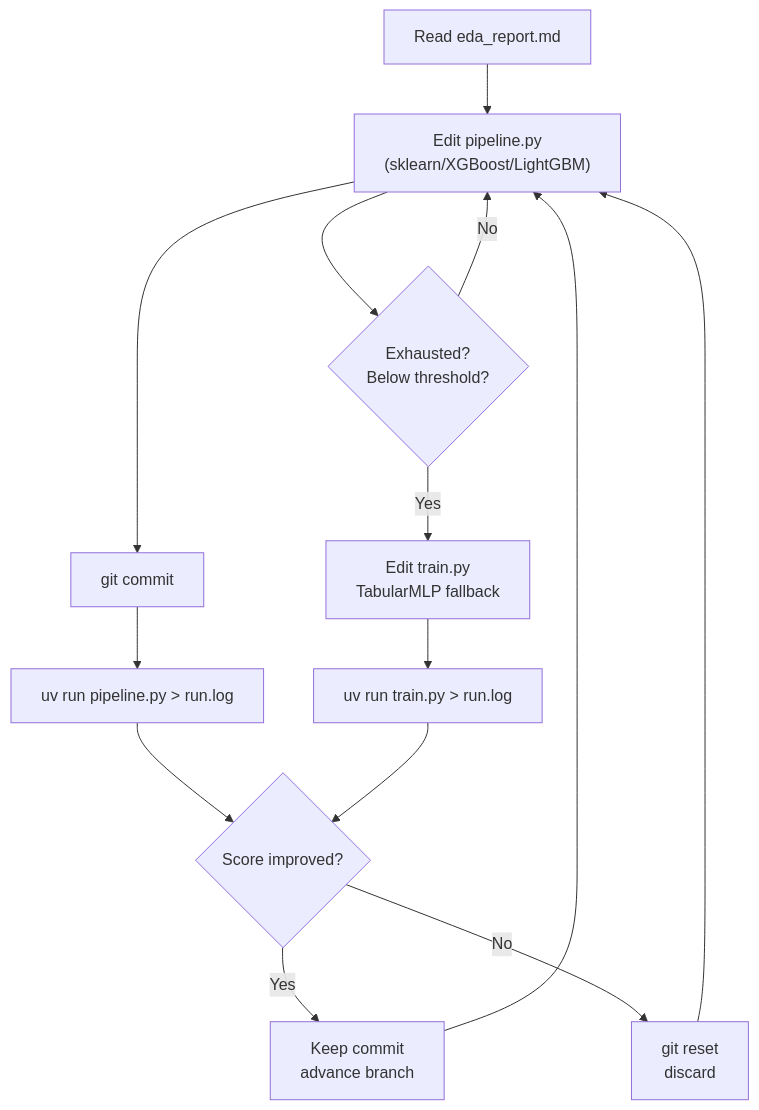
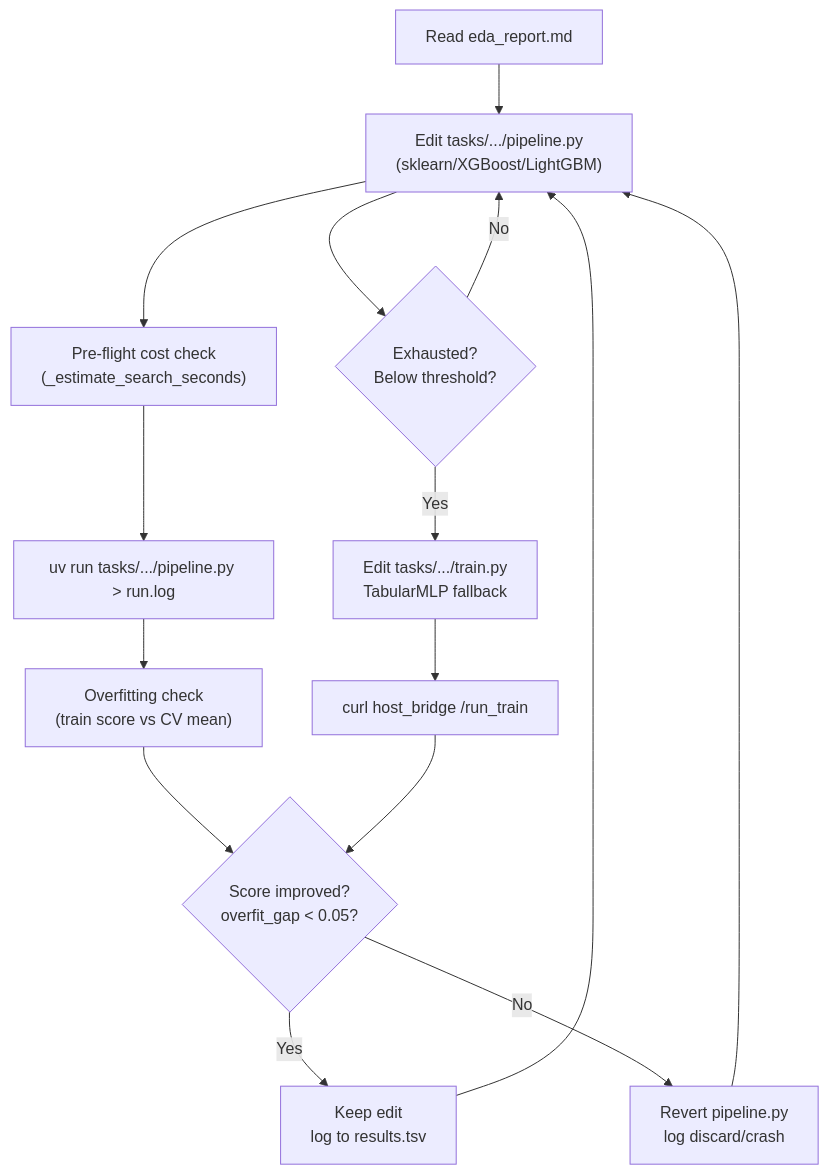
Before and after one commit to TengHoo3/aora: the second of 2 diagrams in README.md, drawn with Mermaid. The commit also changed other lines of this file, not shown here.

````diff
--- a/README.md
+++ b/README.md
@@ -60,16 +60,17 @@
 ```mermaid
 flowchart TD
-    A["Read eda_report.md"] --> B["Edit pipeline.py\n(sklearn/XGBoost/LightGBM)"]
-    B --> C["git commit"]
-    C --> D["uv run pipeline.py > run.log"]
-    D --> E{Score improved?}
-    E -- Yes --> F["Keep commit\nadvance branch"]
-    E -- No --> G["git reset\ndiscard"]
-    F --> B
+    A["Read eda_report.md"] --> B["Edit tasks/.../pipeline.py\n(sklearn/XGBoost/LightGBM)"]
+    B --> C["Pre-flight cost check\n(_estimate_search_seconds)"]
+    C --> D["uv run tasks/.../pipeline.py > run.log"]
+    D --> E["Overfitting check\n(train score vs CV mean)"]
+    E --> F{Score improved?\noverfit_gap < 0.05?}
+    F -- Yes --> G["Keep edit\nlog to results.tsv"]
+    F -- No --> H["Revert pipeline.py\nlog discard/crash"]
     G --> B
-    B --> H{Exhausted?\nBelow threshold?}
-    H -- Yes --> I["Edit train.py\nTabularMLP fallback"]
-    I --> J["uv run train.py > run.log"]
-    J --> E
-    H -- No --> B
+    H --> B
+    B --> I{Exhausted?\nBelow threshold?}
+    I -- Yes --> J["Edit tasks/.../train.py\nTabularMLP fallback"]
+    J --> K["curl host_bridge /run_train"]
+    K --> F
+    I -- No --> B
 ```
````
